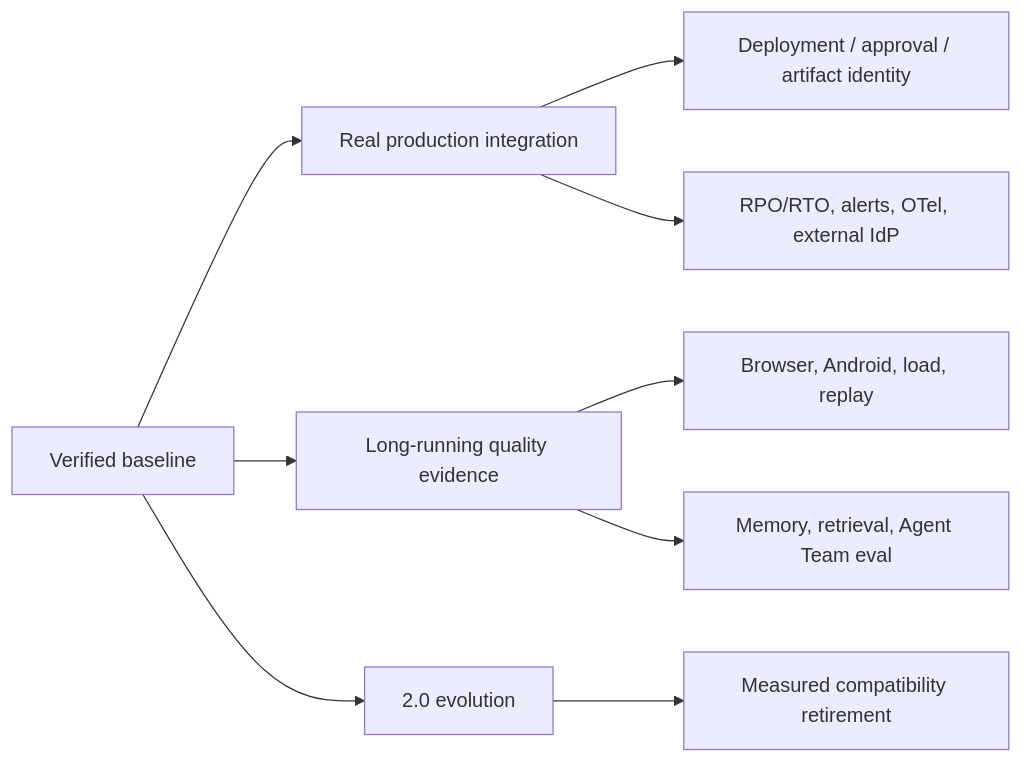
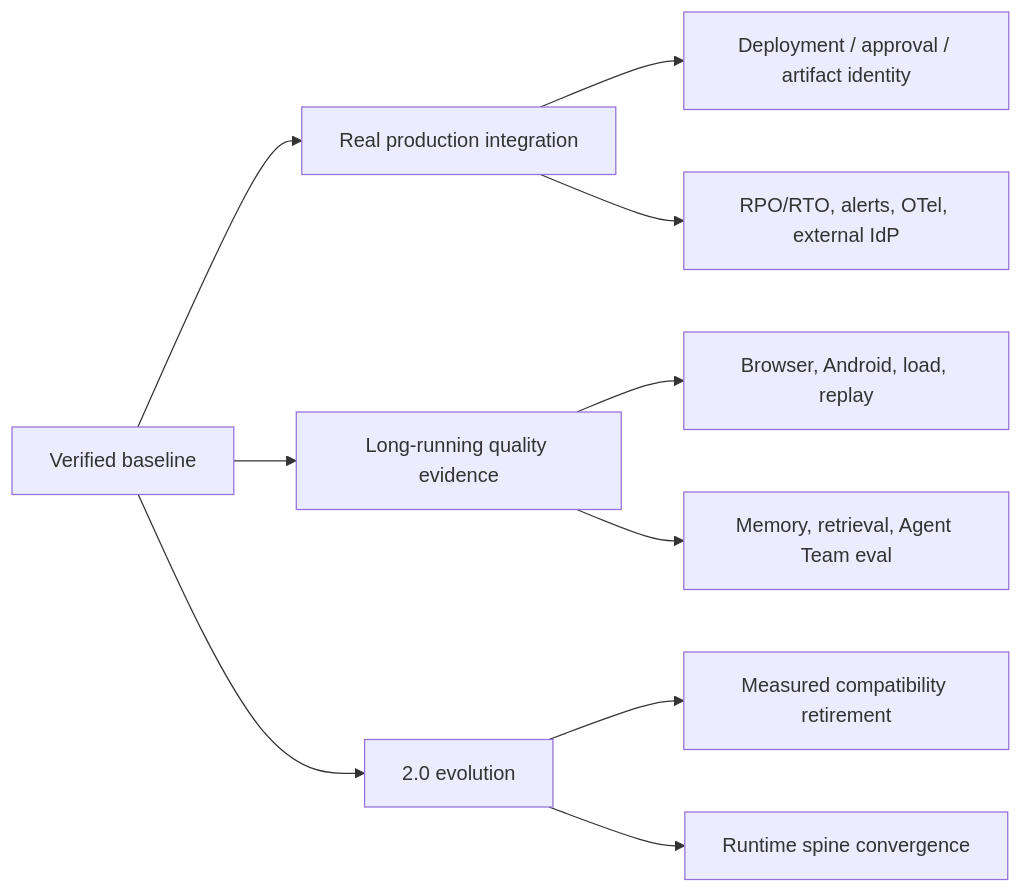
The diagram in docs/roadmap.md (William-zgx/focus-agent), drawn with Mermaid before and after one commit. The commit also changed other lines of this file and 18 other files, not shown here.

````diff
--- a/docs/roadmap.md
+++ b/docs/roadmap.md
@@ -13,11 +14,12 @@
 ```mermaid
 flowchart LR
     Baseline["Verified baseline"] --> Production["Real production integration"]
     Baseline --> Quality["Long-running quality evidence"]
     Baseline --> Evolution["2.0 evolution"]
     Production --> Identity["Deployment / approval / artifact identity"]
     Production --> Operations["RPO/RTO, alerts, OTel, external IdP"]
     Quality --> Runtime["Browser, Android, load, replay"]
     Quality --> Agent["Memory, retrieval, Agent Team eval"]
     Evolution --> Compat["Measured compatibility retirement"]
+    Evolution --> Spine["Runtime spine convergence"]
 ```
````
